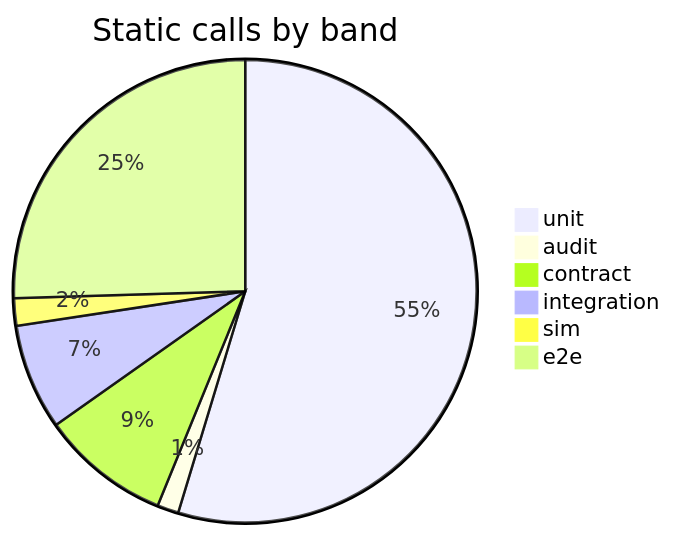
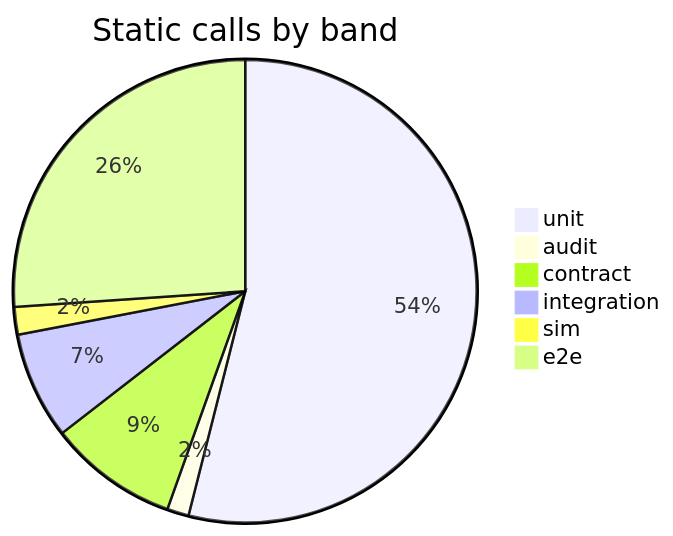
Before and after one commit to recferret-bit/freightchain: the first of 3 diagrams in README.md, drawn with Mermaid. The commit also changed other lines of this file and 6 other files, not shown here.

````diff
--- a/README.md
+++ b/README.md
@@ -90,9 +90,9 @@
 ```mermaid
 pie title Static calls by band
-    "unit" : 1028
-    "audit" : 28
-    "contract" : 170
-    "integration" : 139
-    "sim" : 36
-    "e2e" : 479
+    "unit" : 1067
+    "audit" : 30
+    "contract" : 179
+    "integration" : 148
+    "sim" : 38
+    "e2e" : 516
 ```
````
